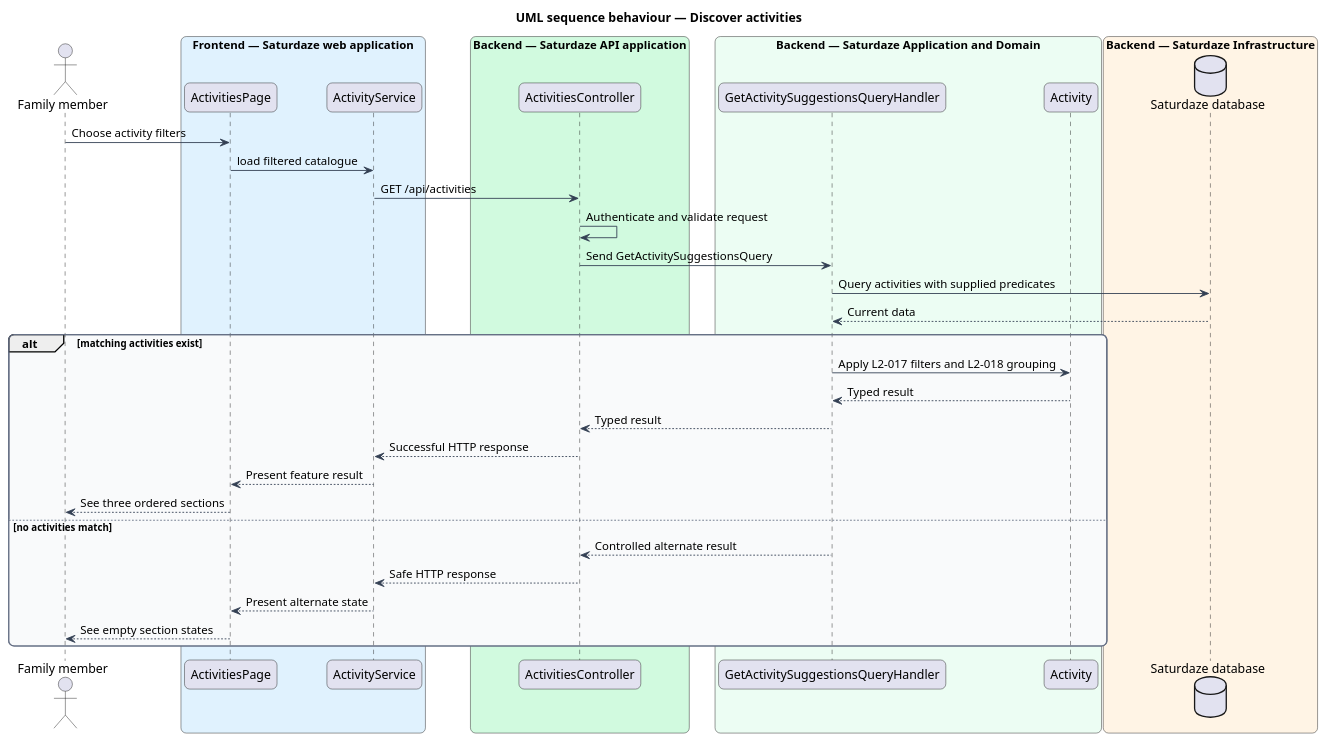
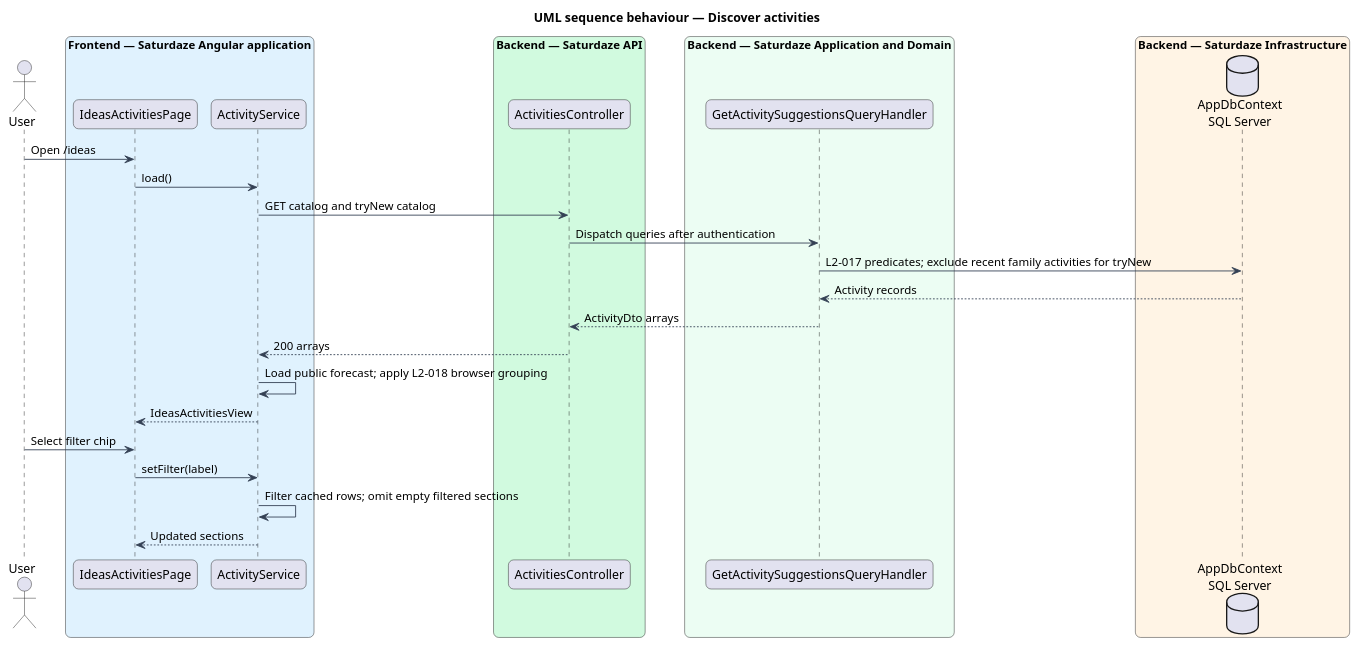
The diagram in docs/detailed-designs/discovery/discover-activities/diagrams/sequence-discover-activities.puml (QuinntyneBrown/saturdaze), drawn with PlantUML before and after one commit. The commit also changed 208 other files, not shown here.

```diff
--- a/docs/detailed-designs/discovery/discover-activities/diagrams/sequence-discover-activities.puml
+++ b/docs/detailed-designs/discovery/discover-activities/diagrams/sequence-discover-activities.puml
@@ -1,52 +1,36 @@
 @startuml
 title UML sequence behaviour — Discover activities
 skinparam backgroundColor #FFFFFF
 skinparam shadowing false
 skinparam roundcorner 12
 skinparam defaultFontName Arial
 skinparam ArrowColor #344054
-skinparam rectangle {
-  BorderColor #344054
-  FontColor #101828
-}
-skinparam package {
-  BorderColor #667085
-  FontColor #101828
-  BackgroundColor #F9FAFB
-}
-actor "Family member" as actor
-box "Frontend — Saturdaze web application" #E0F2FE
-  participant "ActivitiesPage" as page
-  participant "ActivityService" as client
+actor "User" as actor
+box "Frontend — Saturdaze Angular application" #E0F2FE
+ participant "IdeasActivitiesPage" as page
+ participant "ActivityService" as client
 end box
-box "Backend — Saturdaze API application" #D1FADF
-  participant "ActivitiesController" as controller
+box "Backend — Saturdaze API" #D1FADF
+ participant "ActivitiesController" as controller
 end box
 box "Backend — Saturdaze Application and Domain" #ECFDF3
-  participant "GetActivitySuggestionsQueryHandler" as handler
-  participant "Activity" as entity
+ participant "GetActivitySuggestionsQueryHandler" as handler
 end box
 box "Backend — Saturdaze Infrastructure" #FFF4E5
-  database "Saturdaze database" as infra
-  end box
-actor -> page : Choose activity filters
-page -> client : load filtered catalogue
-client -> controller : GET /api/activities
-controller -> controller : Authenticate and validate request
-controller -> handler : Send GetActivitySuggestionsQuery
-handler -> infra : Query activities with supplied predicates
-infra --> handler : Current data
-alt matching activities exist
-  handler -> entity : Apply L2-017 filters and L2-018 grouping
-  entity --> handler : Typed result
-  handler --> controller : Typed result
-  controller --> client : Successful HTTP response
-  client --> page : Present feature result
-  page --> actor : See three ordered sections
-else no activities match
-  handler --> controller : Controlled alternate result
-  controller --> client : Safe HTTP response
-  client --> page : Present alternate state
-  page --> actor : See empty section states
-end
+ database "AppDbContext\nSQL Server" as db
+end box
+actor -> page : Open /ideas
+page -> client : load()
+client -> controller : GET catalog and tryNew catalog
+controller -> handler : Dispatch queries after authentication
+handler -> db : L2-017 predicates; exclude recent family activities for tryNew
+db --> handler : Activity records
+handler --> controller : ActivityDto arrays
+controller --> client : 200 arrays
+client -> client : Load public forecast; apply L2-018 browser grouping
+client --> page : IdeasActivitiesView
+actor -> page : Select filter chip
+page -> client : setFilter(label)
+client -> client : Filter cached rows; omit empty filtered sections
+client --> page : Updated sections
 @enduml
```
